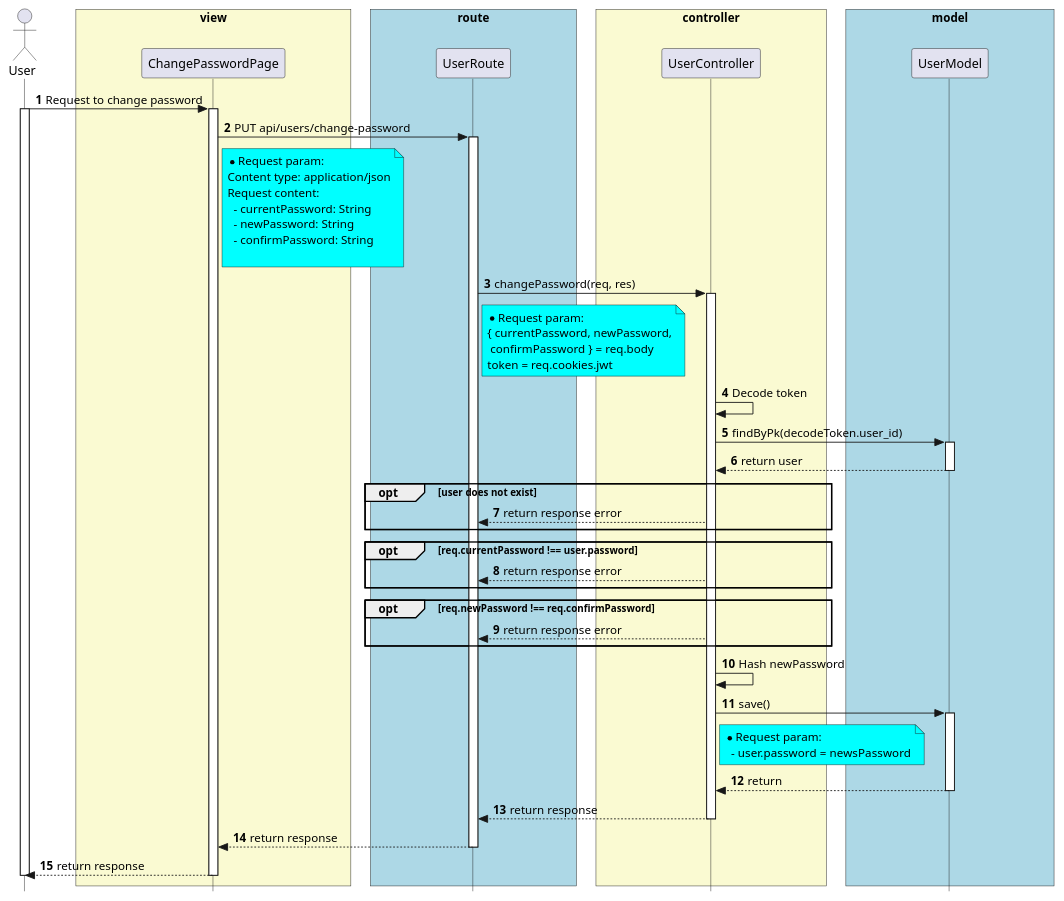
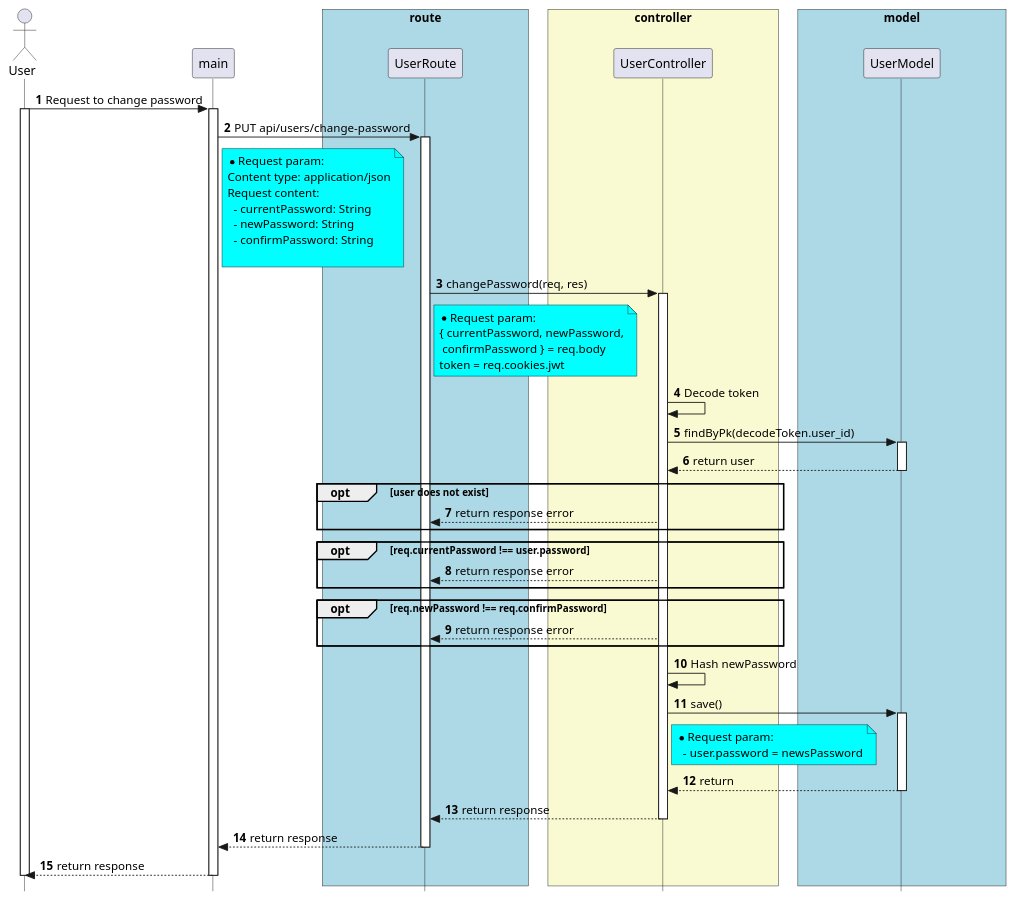
One commit to techcomrade/fmECG changed the diagram in diagram/sequence/API/users/changePassword.pu. Above: the diagram before and after it, drawn with PlantUML. The commit also changed 75 other files, not shown here.

```diff
--- a/diagram/sequence/API/users/changePassword.pu
+++ b/diagram/sequence/API/users/changePassword.pu
@@ -3,117 +3,115 @@
 @startuml
 
 
 skinparam style strictuml
 
 skinparam lifelineStrategy solid
 
 skinparam ParticipantPadding 70
 
 skinparam BoxPadding 10
 
 autonumber
 
 actor User as User
 
-box "view" #LightGoldenRodYellow
 
-participant ChangePasswordPage as ChangePasswordPage
+participant main as main
 
-end box
 
 box "route" #lightBlue
 
 participant UserRoute as UserRoute
 
 end box
 
 
 box "controller" #LightGoldenRodYellow
 participant UserController as UserController
 
 end box
 
 
 box "model" #lightBlue
 participant UserModel as UserModel
 
 end box
 
 
-User -> ChangePasswordPage: Request to change password
+User -> main: Request to change password
 activate User
-activate ChangePasswordPage
+activate main
 
-ChangePasswordPage -> UserRoute: PUT api/users/change-password
+main -> UserRoute: PUT api/users/change-password
 activate UserRoute
 
-note right of ChangePasswordPage #Aqua
+note right of main #Aqua
 * Request param:
 Content type: application/json
 Request content:
   - currentPassword: String
   - newPassword: String
   - confirmPassword: String
 
 end note
 
 UserRoute -> UserController: changePassword(req, res)
 activate UserController
 
 note right of UserRoute #Aqua
 * Request param:
 { currentPassword, newPassword,
  confirmPassword } = req.body
 token = req.cookies.jwt
 end note
 
 UserController -> UserController: Decode token
 
 UserController -> UserModel: findByPk(decodeToken.user_id)
 
 activate  UserModel
 
 UserModel --> UserController: return user
 
 deactivate UserModel
 
 opt user does not exist
   UserController --> UserRoute: return response error
 end
 
 opt req.currentPassword !== user.password
   UserController --> UserRoute: return response error
 end
 
 opt req.newPassword !== req.confirmPassword
   UserController --> UserRoute: return response error
 end
 
 UserController -> UserController: Hash newPassword
 
 UserController -> UserModel: save()
 activate UserModel
 note right of UserController #Aqua
   * Request param: 
     - user.password = newsPassword
 end note
 
 UserModel --> UserController: return
 deactivate UserModel
 UserController --> UserRoute: return response
 
 deactivate UserController
 
-UserRoute --> ChangePasswordPage: return response
+UserRoute --> main: return response
 
 deactivate UserRoute
 
-ChangePasswordPage --> User: return response
+main --> User: return response
 
-deactivate ChangePasswordPage
+deactivate main
 deactivate User
 
 
 
 
 @enduml
```
